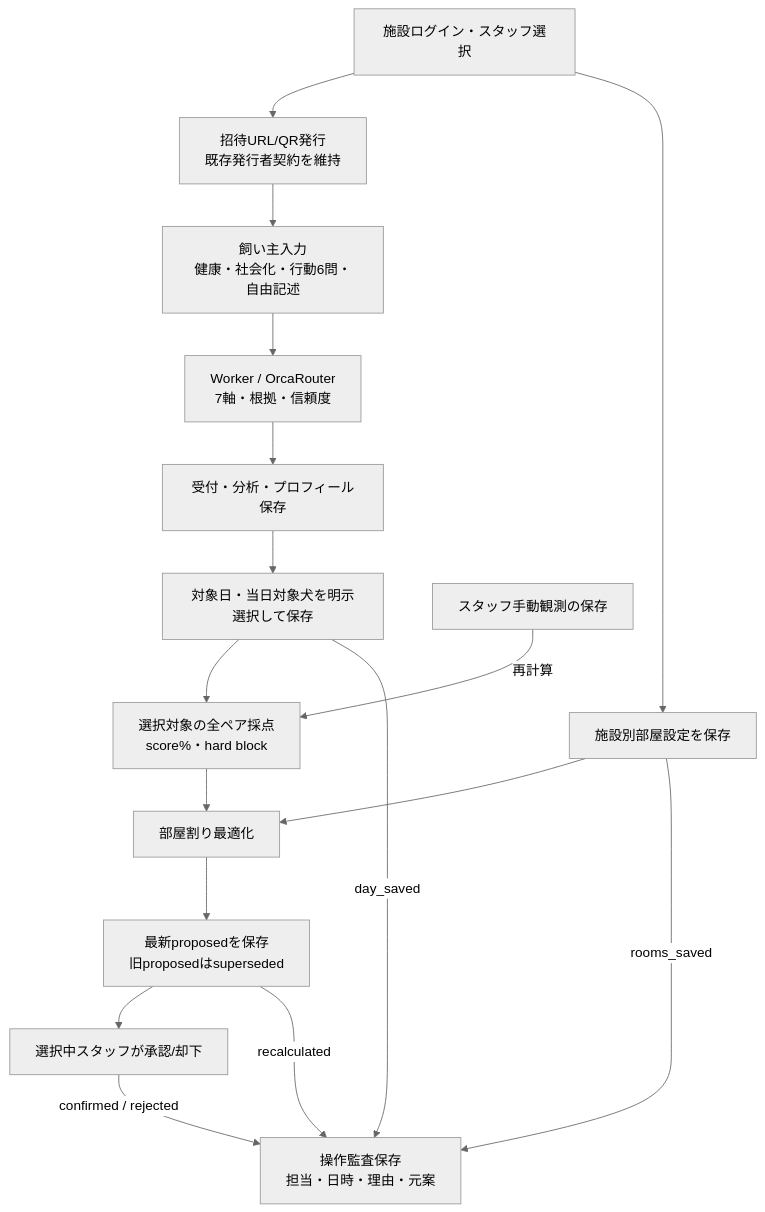
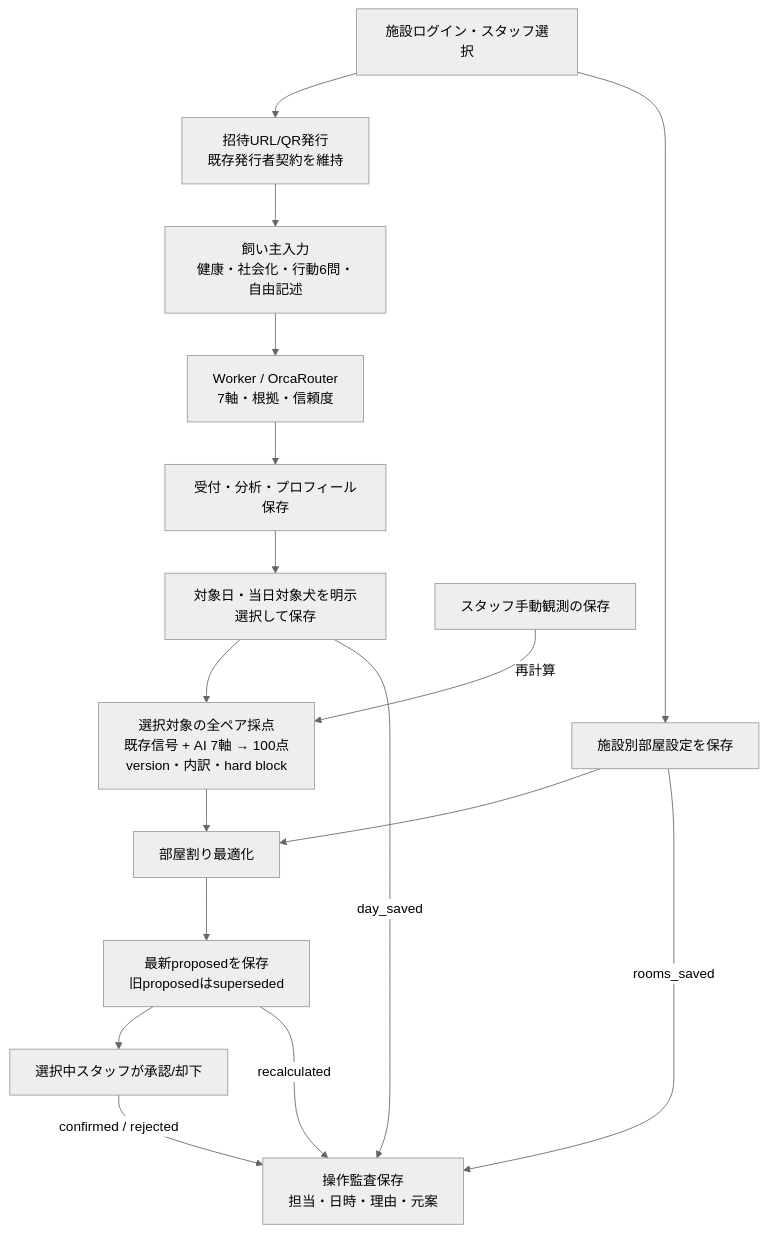
One commit to NoSea41oceanV/AI-HACK-2020609 changed the second of 3 diagrams in docs/アーキテクチャ図.md. Above: the diagram before and after it, drawn with Mermaid (neutral theme). The commit also changed other lines of this file and 5 other files, not shown here.

```diff
--- a/docs/アーキテクチャ図.md
+++ b/docs/アーキテクチャ図.md
@@ -27,26 +27,26 @@
 ~~~mermaid
 flowchart TD
     Login[施設ログイン・スタッフ選択]
     Invite[招待URL/QR発行<br/>既存発行者契約を維持]
     Intake[飼い主入力<br/>健康・社会化・行動6問・自由記述]
     AI[Worker / OrcaRouter<br/>7軸・根拠・信頼度]
     Profile[受付・分析・プロフィール保存]
     Select[対象日・当日対象犬を明示選択して保存]
     Rooms[施設別部屋設定を保存]
-    Pair[選択対象の全ペア採点<br/>score%・hard block]
+    Pair[選択対象の全ペア採点<br/>既存信号 + AI 7軸 → 100点<br/>version・内訳・hard block]
     Plan[部屋割り最適化]
     Proposed[最新proposedを保存<br/>旧proposedはsuperseded]
     Review[選択中スタッフが承認/却下]
     Audit[操作監査保存<br/>担当・日時・理由・元案]
     Manual[スタッフ手動観測の保存]
     Login --> Invite --> Intake --> AI --> Profile --> Select
     Login --> Rooms
     Select --> Pair
     Rooms --> Plan
     Pair --> Plan --> Proposed --> Review
     Review -->|confirmed / rejected| Audit
     Select -->|day_saved| Audit
     Rooms -->|rooms_saved| Audit
     Proposed -->|recalculated| Audit
     Manual -->|再計算| Pair
 ~~~
```
